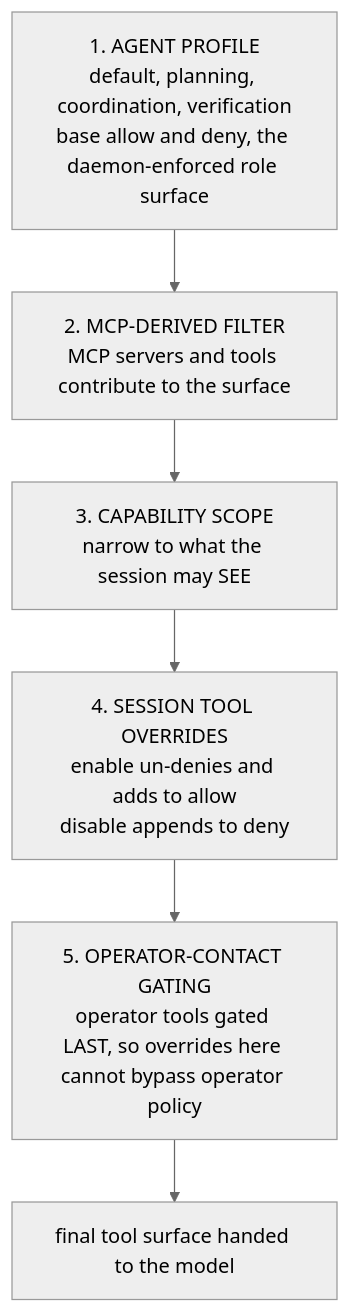
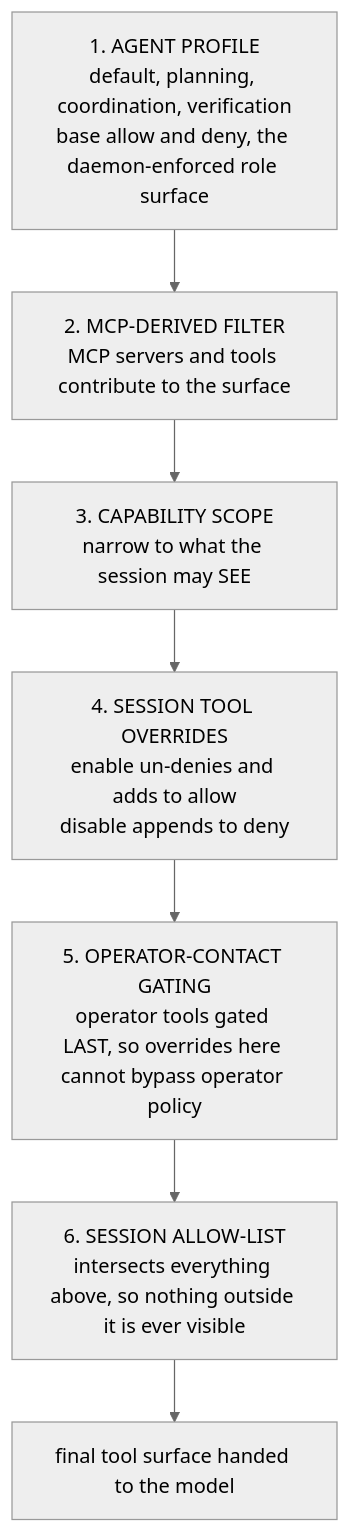
Before and after one commit to graniet/kheish: the fifth of 6 diagrams in docs/concepts/agents-personas-skills.mdx, drawn with Mermaid (neutral theme). The commit also changed other lines of this file and 10 other files, not shown here.

First line of the commit message:
K1: per-session tool allow-list, checked before any permission

````diff
--- a/docs/concepts/agents-personas-skills.mdx
+++ b/docs/concepts/agents-personas-skills.mdx
@@ -340,10 +344,11 @@
 ```mermaid
 flowchart TD
     Profile["1. AGENT PROFILE<br/>default, planning, coordination, verification<br/>base allow and deny, the daemon-enforced role surface"]
     Mcp["2. MCP-DERIVED FILTER<br/>MCP servers and tools contribute to the surface"]
     CapScope["3. CAPABILITY SCOPE<br/>narrow to what the session may SEE"]
     Overrides["4. SESSION TOOL OVERRIDES<br/>enable un-denies and adds to allow<br/>disable appends to deny"]
     Operator["5. OPERATOR-CONTACT GATING<br/>operator tools gated LAST, so overrides here cannot bypass operator policy"]
+    Allow["6. SESSION ALLOW-LIST<br/>intersects everything above, so nothing outside it is ever visible"]
     Final["final tool surface handed to the model"]
-    Profile --> Mcp --> CapScope --> Overrides --> Operator --> Final
+    Profile --> Mcp --> CapScope --> Overrides --> Operator --> Allow --> Final
 ```
````
